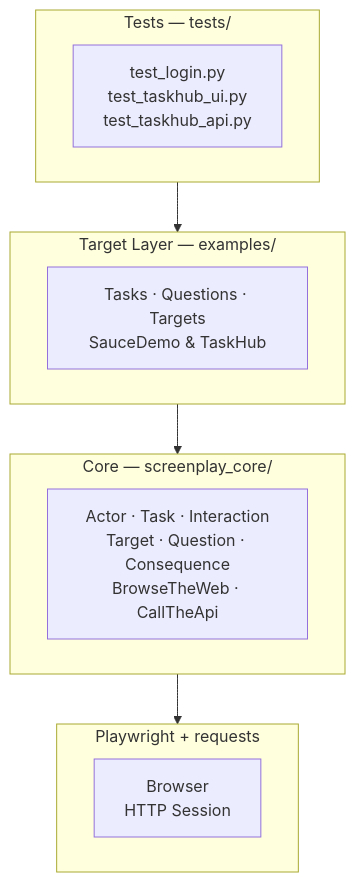
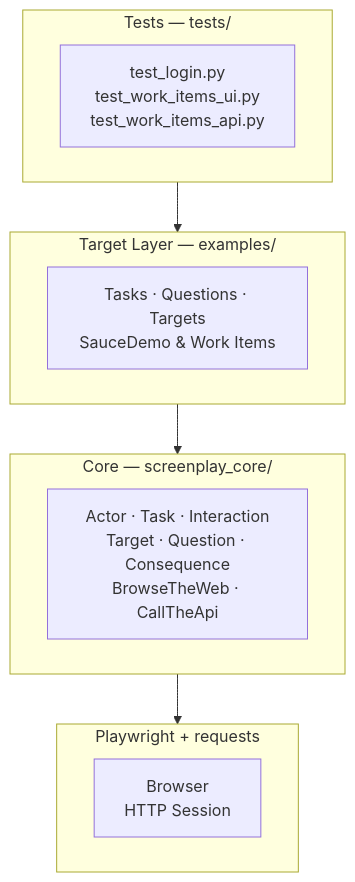
Before and after one commit to stansiris/playwright-pytest-screenplay-framework: the first of 5 diagrams in docs/presentation.md, drawn with Mermaid. The commit also changed other lines of this file and 91 other files, not shown here.

Commit message:
Rename TaskHub example to Work Items

````diff
--- a/docs/presentation.md
+++ b/docs/presentation.md
@@ -115,22 +115,22 @@
 ```mermaid
 flowchart TB
     subgraph Tests["Tests — tests/"]
-        T["test_login.py\ntest_taskhub_ui.py\ntest_taskhub_api.py"]
+        T["test_login.py\ntest_work_items_ui.py\ntest_work_items_api.py"]
     end
 
     subgraph Examples["Target Layer — examples/"]
-        TK["Tasks · Questions · Targets\nSauceDemo & TaskHub"]
+        TK["Tasks · Questions · Targets\nSauceDemo & Work Items"]
     end
 
     subgraph Core["Core — screenplay_core/"]
         SC["Actor · Task · Interaction\nTarget · Question · Consequence\nBrowseTheWeb · CallTheApi"]
     end
 
     subgraph PW["Playwright + requests"]
         BR["Browser\nHTTP Session"]
     end
 
     Tests --> Examples
     Examples --> Core
     Core --> PW
 ```
````
